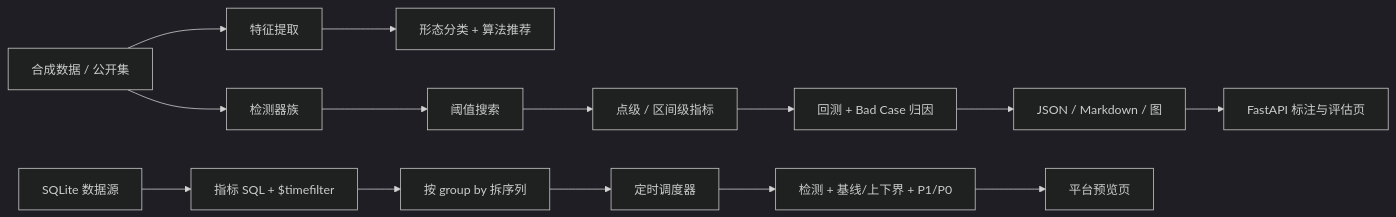
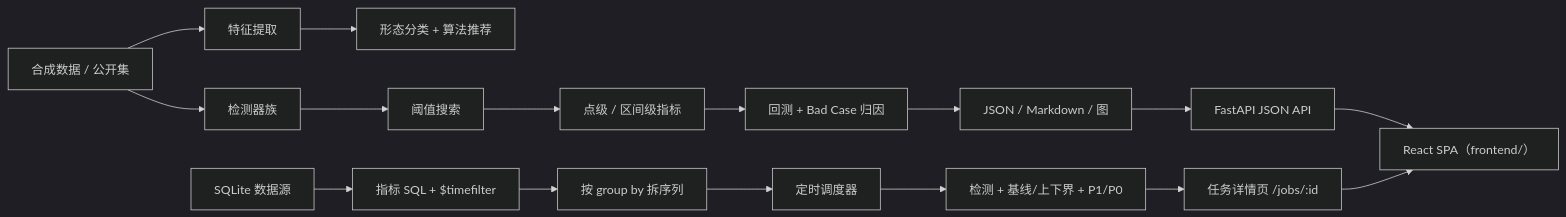
The diagram in README.md (RiverWind1024/anomaly-lab), drawn with Mermaid (dark theme) before and after one commit. The commit also changed other lines of this file and 1 other file, not shown here.

````diff
--- a/README.md
+++ b/README.md
@@ -13,16 +13,18 @@
 ```mermaid
 flowchart LR
   A[合成数据 / 公开集] --> B[特征提取]
   B --> C[形态分类 + 算法推荐]
   A --> D[检测器族]
   D --> E[阈值搜索]
   E --> F[点级 / 区间级指标]
   F --> G[回测 + Bad Case 归因]
   G --> H[JSON / Markdown / 图]
-  H --> I[FastAPI 标注与评估页]
+  H --> I[FastAPI JSON API]
   S[SQLite 数据源] --> SP[指标 SQL + $timefilter]
   SP --> SPL[按 group by 拆序列]
   SPL --> SCH[定时调度器]
   SCH --> RUN[检测 + 基线/上下界 + P1/P0]
-  RUN --> PV[平台预览页]
+  RUN --> PV[任务详情页 /jobs/:id]
+  I --> FE[React SPA（frontend/）]
+  PV --> FE
 ```
````
